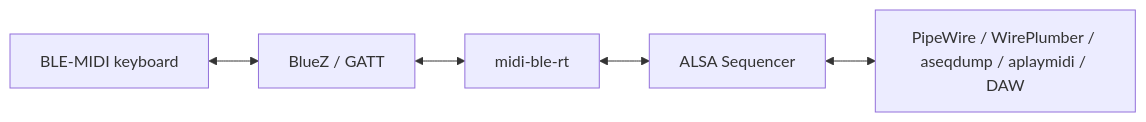
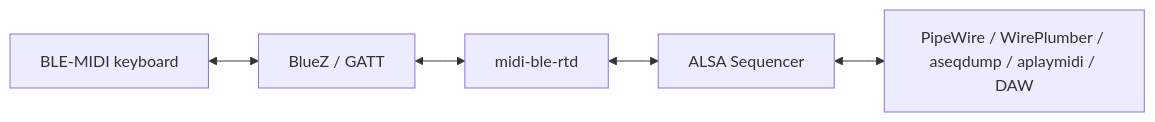
The diagram in README.md (mwprado/midi-ble-rt), drawn with Mermaid before and after one commit. The commit also changed other lines of this file, not shown here.

Commit message:
Update README for single daemon architecture

````diff
--- a/README.md
+++ b/README.md
@@ -28,7 +31,7 @@
 ```mermaid
 flowchart LR
     K[BLE-MIDI keyboard] <--> B[BlueZ / GATT]
-    B <--> D[midi-ble-rt]
+    B <--> D[midi-ble-rtd]
     D <--> A[ALSA Sequencer]
     A <--> P[PipeWire / WirePlumber / aseqdump / aplaymidi / DAW]
 ```
````
